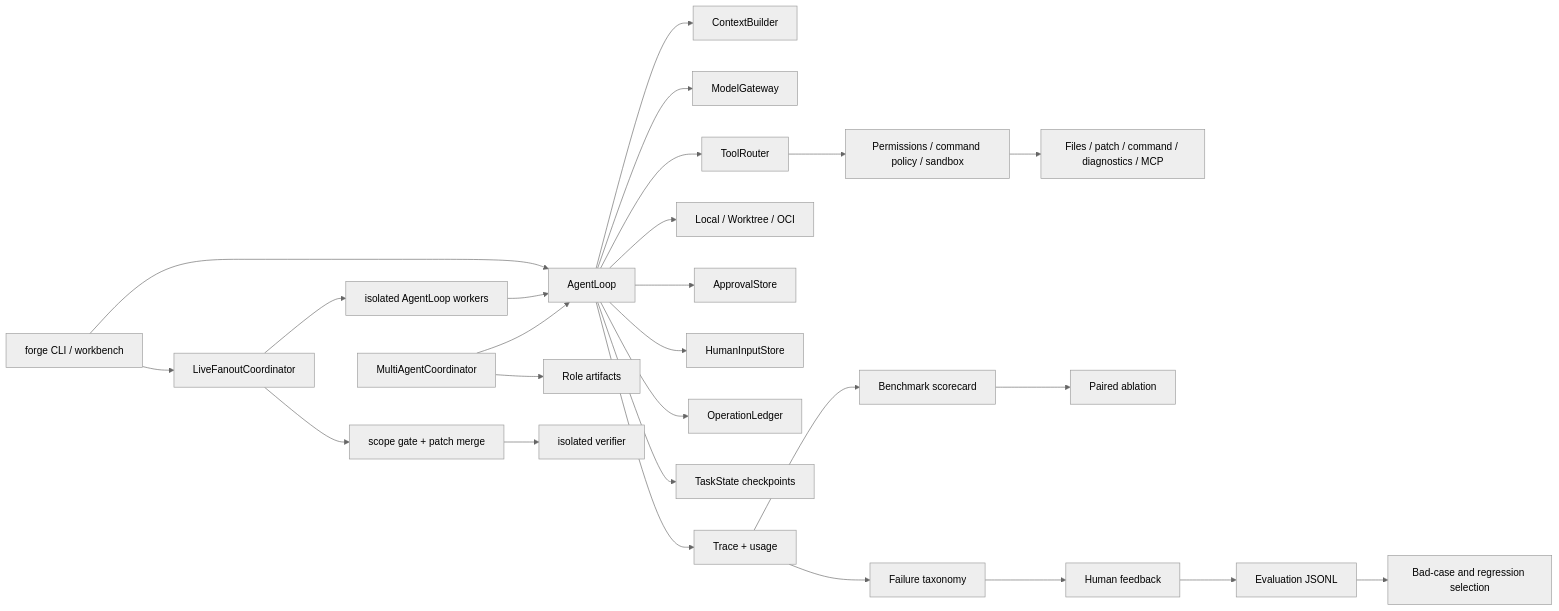
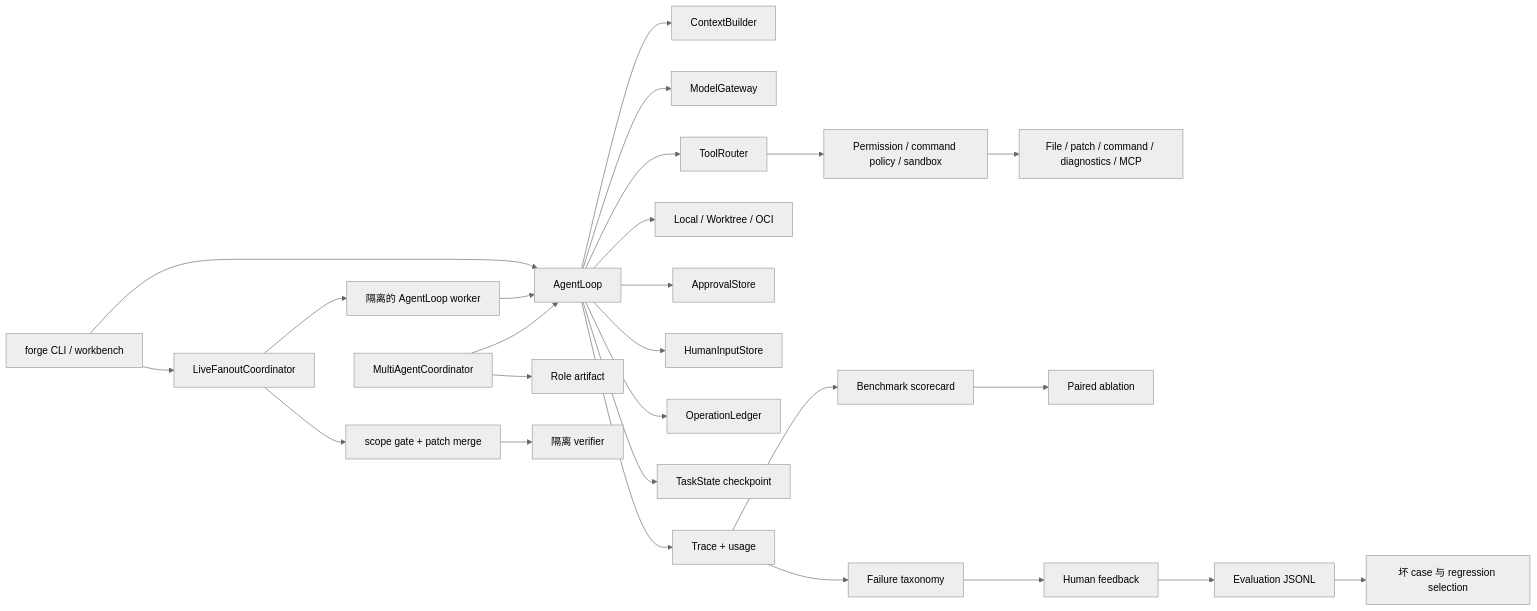
The diagram in docs/architecture/runtime-capability-guide.md (semi-hollow/NanoHarness), drawn with Mermaid (neutral theme) before and after one commit. The commit also changed other lines of this file and 24 other files, not shown here.

````diff
--- a/docs/architecture/runtime-capability-guide.md
+++ b/docs/architecture/runtime-capability-guide.md
@@ -8,28 +8,28 @@
 ```mermaid
 flowchart LR
     CLI["forge CLI / workbench"] --> Loop["AgentLoop"]
     CLI --> Fanout["LiveFanoutCoordinator"]
-    Fanout --> Workers["isolated AgentLoop workers"]
+    Fanout --> Workers["隔离的 AgentLoop worker"]
     Workers --> Loop
     Loop --> Context["ContextBuilder"]
     Loop --> Model["ModelGateway"]
     Loop --> Router["ToolRouter"]
     Loop --> Environment["Local / Worktree / OCI"]
-    Router --> Policy["Permissions / command policy / sandbox"]
-    Policy --> Tools["Files / patch / command / diagnostics / MCP"]
+    Router --> Policy["Permission / command policy / sandbox"]
+    Policy --> Tools["File / patch / command / diagnostics / MCP"]
     Loop --> Approval["ApprovalStore"]
     Loop --> Human["HumanInputStore"]
     Loop --> Ledger["OperationLedger"]
-    Loop --> State["TaskState checkpoints"]
+    Loop --> State["TaskState checkpoint"]
     Loop --> Trace["Trace + usage"]
     Coordinator["MultiAgentCoordinator"] --> Loop
-    Coordinator --> Artifacts["Role artifacts"]
+    Coordinator --> Artifacts["Role artifact"]
     Fanout --> Merge["scope gate + patch merge"]
-    Merge --> Finalizer["isolated verifier"]
+    Merge --> Finalizer["隔离 verifier"]
     Trace --> Diagnosis["Failure taxonomy"]
     Trace --> Scorecard["Benchmark scorecard"]
     Scorecard --> Ablation["Paired ablation"]
     Diagnosis --> Feedback["Human feedback"]
     Feedback --> Dataset["Evaluation JSONL"]
-    Dataset --> Regression["Bad-case and regression selection"]
+    Dataset --> Regression["坏 case 与 regression selection"]
 ```
````
